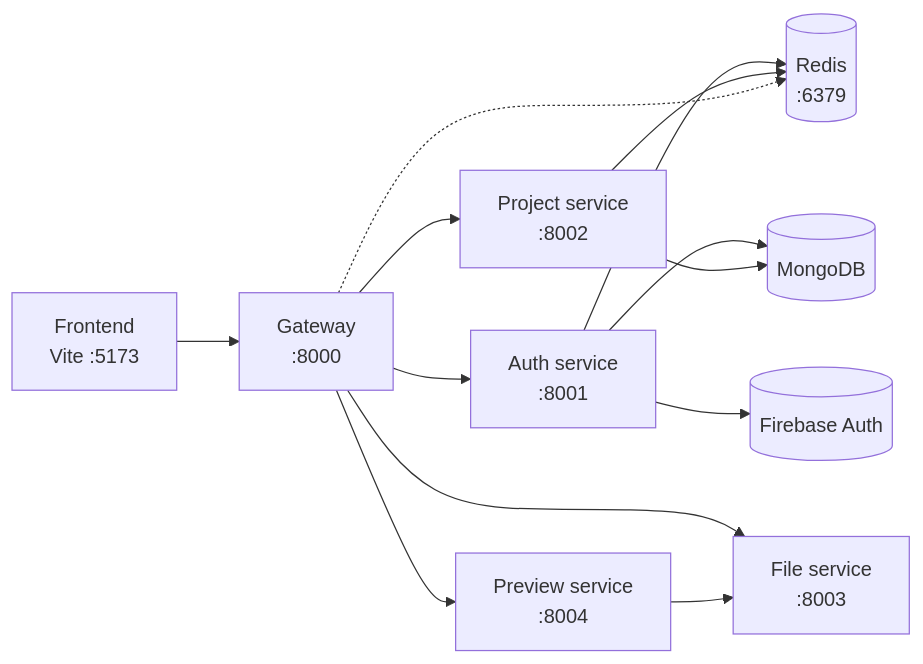
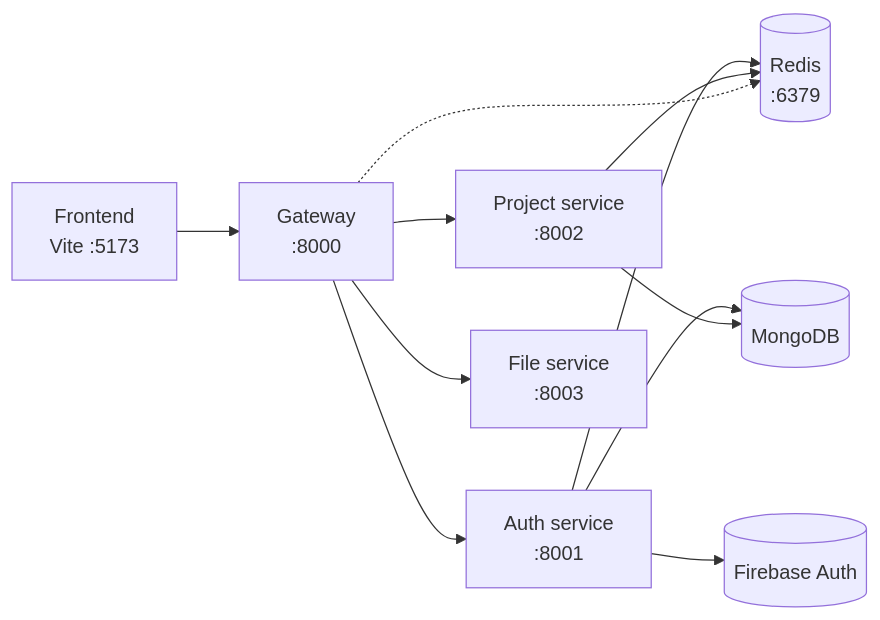
One commit to yamanhassan1/NexPulse changed the first of 4 diagrams in docs/getting-started.md. Above: the diagram before and after it, drawn with Mermaid. The commit also changed other lines of this file and 57 other files, not shown here.

````diff
--- a/docs/getting-started.md
+++ b/docs/getting-started.md
@@ -12,25 +12,22 @@
 ```mermaid
 flowchart LR
     FE["Frontend<br>Vite :5173"]
     GW["Gateway<br>:8000"]
     AU["Auth service<br>:8001"]
     PR["Project service<br>:8002"]
     FS["File service<br>:8003"]
-    PV["Preview service<br>:8004"]
     RD[("Redis<br>:6379")]
     DB[("MongoDB")]
     FB[("Firebase Auth")]
 
     FE --> GW
     GW --> AU
     GW --> PR
     GW --> FS
-    GW --> PV
-    PV --> FS
     AU --> RD
     AU --> DB
     AU --> FB
     PR --> RD
     PR --> DB
     GW -.-> RD
 ```
````
